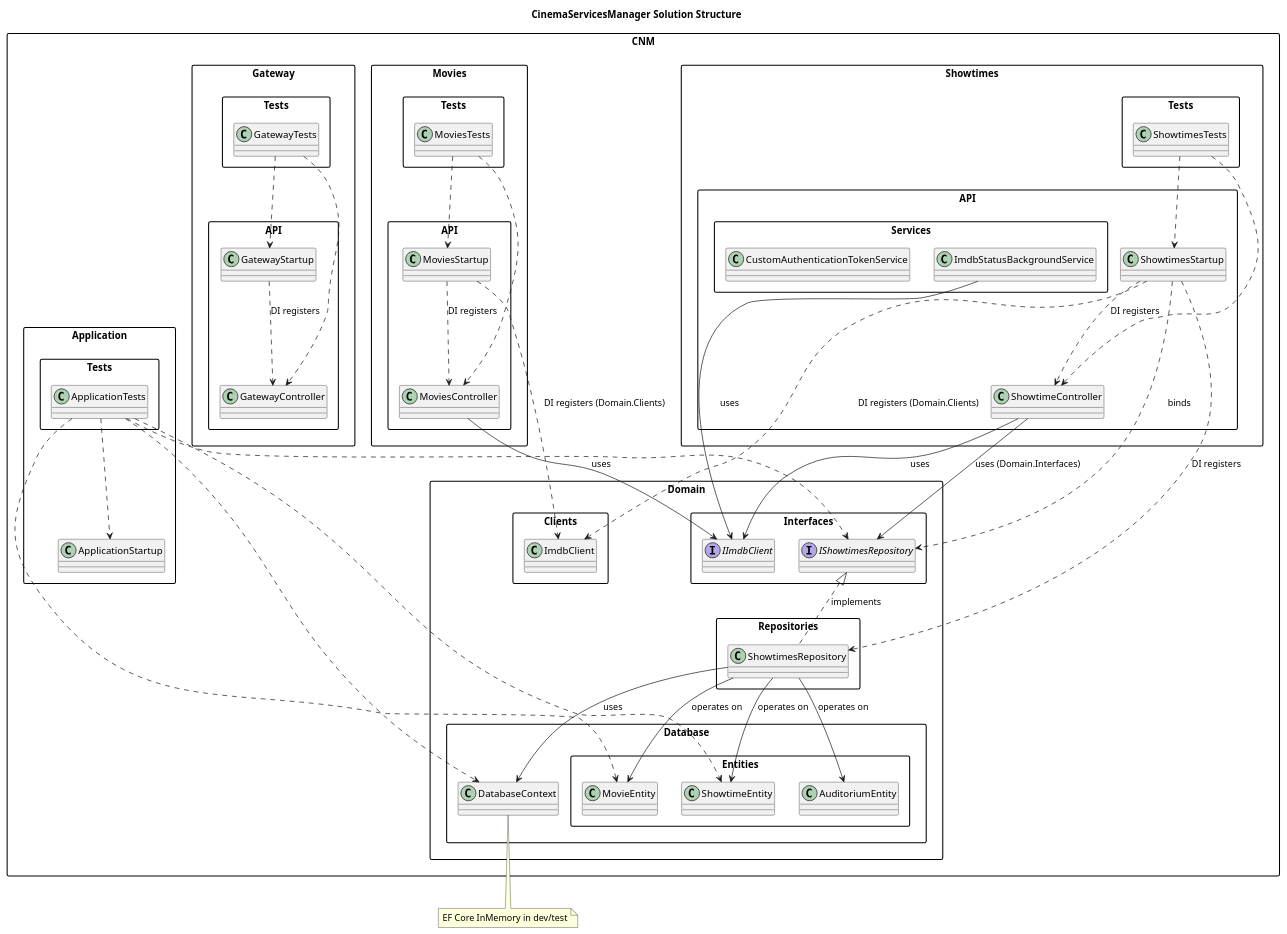
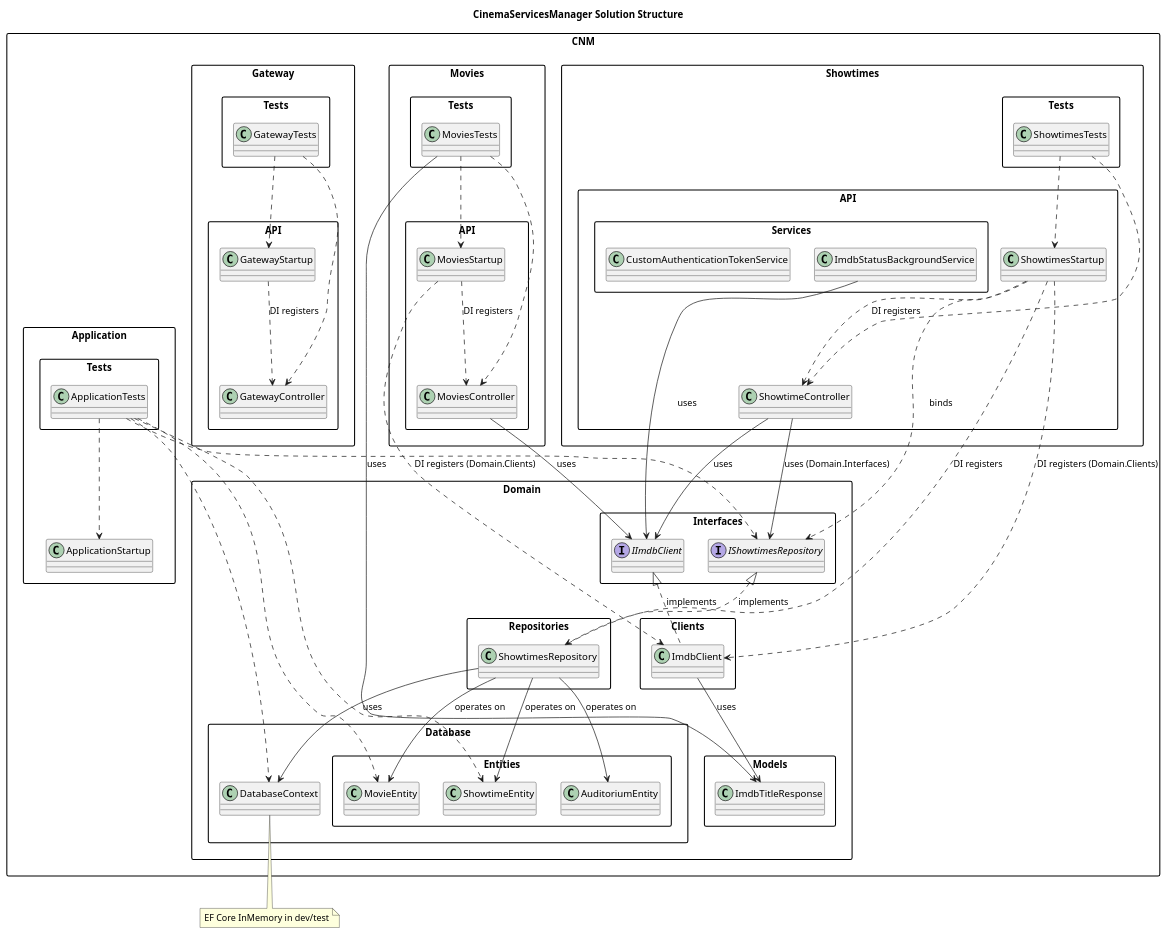
The diagram in SolutionStructure.puml (DenisKovalyonokSamples/CinemaServicesManager), drawn with PlantUML before and after one commit. The commit also changed 1 other file, not shown here.

```diff
--- a/SolutionStructure.puml
+++ b/SolutionStructure.puml
@@ -1,109 +1,116 @@
 @startuml
 skinparam packageStyle rectangle
 skinparam shadowing false
 
 title CinemaServicesManager Solution Structure
 
 package "CNM.Domain" {
   package "Database" {
     class DatabaseContext
     package "Entities" {
       class ShowtimeEntity
       class MovieEntity
       class AuditoriumEntity
     }
   }
   package "Interfaces" {
     interface IShowtimesRepository
     interface IImdbClient
   }
   package "Repositories" {
     class ShowtimesRepository
   }
   package "Clients" {
     class ImdbClient
+  }
+  package "Models" {
+    class ImdbTitleResponse
   }
 }
 
 package "CNM.Showtimes.API" {
     class ShowtimesStartup
     class ShowtimeController
     package "Services" {
     class ImdbStatusBackgroundService
     class CustomAuthenticationTokenService
   }
 }
 
 package "CNM.Movies.API" {
   class MoviesStartup
   class MoviesController
 }
 
 package "CNM.Gateway.API" {
   class GatewayStartup
   class GatewayController
 }
 
 package "CNM.Application" {
   class ApplicationStartup
 }
 
 package "CNM.Application.Tests" {
   class ApplicationTests
 }
 
 package "CNM.Showtimes.Tests" {
   class ShowtimesTests
 }
 
 package "CNM.Movies.Tests" {
   class MoviesTests
 }
 
 package "CNM.Gateway.Tests" {
   class GatewayTests
 }
 
 package "CNM.Gateway.Tests" {
   class GatewayTests
 }
 
+ImdbClient --> ImdbTitleResponse : uses
+IImdbClient <|.. ImdbClient : implements
+MoviesTests --> ImdbTitleResponse : uses
+
 ShowtimeController --> IImdbClient : uses
 ShowtimeController --> IShowtimesRepository : uses (Domain.Interfaces)
 ShowtimesRepository --> DatabaseContext : uses
 ShowtimesRepository --> ShowtimeEntity : operates on
 ShowtimesRepository --> MovieEntity : operates on
 ShowtimesRepository --> AuditoriumEntity : operates on
 IShowtimesRepository <|.. ShowtimesRepository : implements
 ImdbStatusBackgroundService --> IImdbClient : uses
 
 MoviesController --> IImdbClient : uses
 MoviesStartup ..> MoviesController : DI registers
 MoviesStartup ..> ImdbClient : DI registers (Domain.Clients)
 
 ShowtimesStartup ..> ShowtimeController : DI registers
 ShowtimesStartup ..> ImdbClient : DI registers (Domain.Clients)
 ShowtimesStartup ..> ShowtimesRepository : DI registers
 ShowtimesStartup ..> IShowtimesRepository : binds
 
 ApplicationTests ..> ApplicationStartup
 ApplicationTests ..> DatabaseContext
 ApplicationTests ..> IShowtimesRepository
 ApplicationTests ..> ShowtimeEntity
 ApplicationTests ..> MovieEntity
 
 ShowtimesTests ..> ShowtimesStartup
 ShowtimesTests ..> ShowtimeController
 
 MoviesTests ..> MoviesController
 MoviesTests ..> MoviesStartup
 
 GatewayTests ..> GatewayController
 GatewayTests ..> GatewayStartup
 GatewayStartup ..> GatewayController : DI registers
 
 note bottom of DatabaseContext
 EF Core InMemory in dev/test
 end note
 
 @enduml
```
